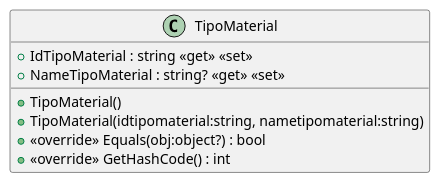
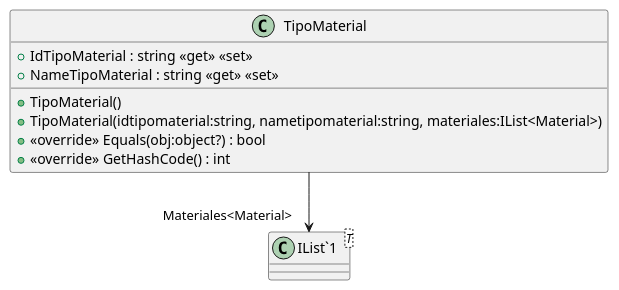
Before and after one commit to ISII2627LosIngenieros/ISII2627LosIngenieros: the diagram in src/AppForSEII.API/ClassDiagram/TipoMaterial.puml, drawn with PlantUML. The commit also changed 17 other files, not shown here.

```diff
--- a/src/AppForSEII.API/ClassDiagram/TipoMaterial.puml
+++ b/src/AppForSEII.API/ClassDiagram/TipoMaterial.puml
@@ -1,10 +1,13 @@
 @startuml
 class TipoMaterial {
     + TipoMaterial()
-    + TipoMaterial(idtipomaterial:string, nametipomaterial:string)
+    + TipoMaterial(idtipomaterial:string, nametipomaterial:string, materiales:IList<Material>)
     + IdTipoMaterial : string <<get>> <<set>>
-    + NameTipoMaterial : string? <<get>> <<set>>
+    + NameTipoMaterial : string <<get>> <<set>>
     + <<override>> Equals(obj:object?) : bool
     + <<override>> GetHashCode() : int
 }
+class "IList`1"<T> {
+}
+TipoMaterial --> "Materiales<Material>" "IList`1"
 @enduml
```
